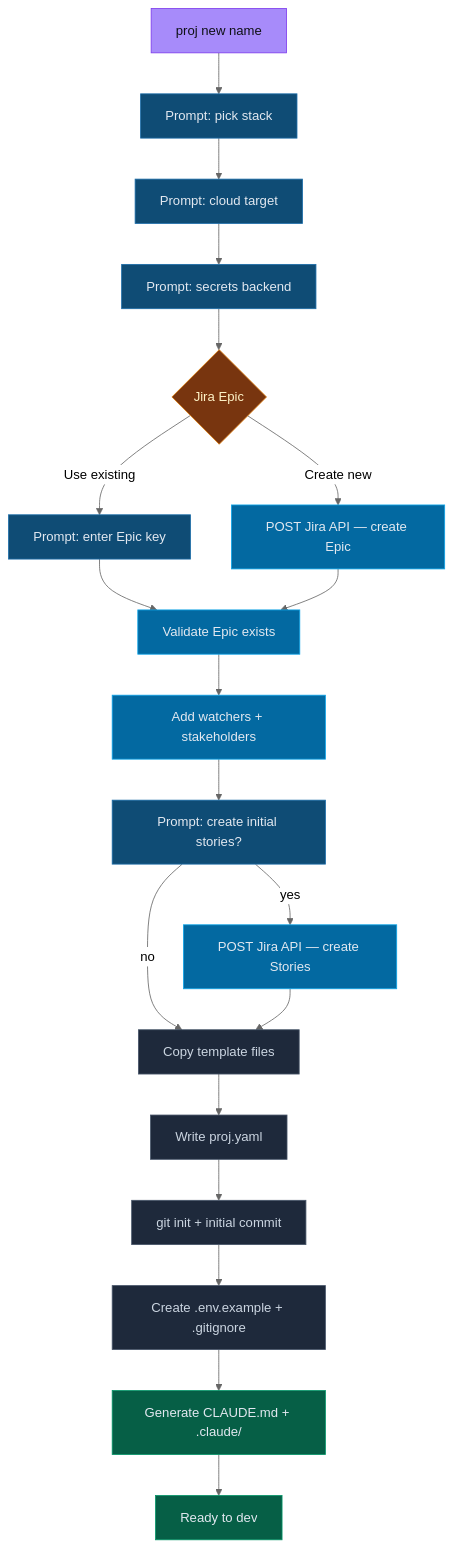
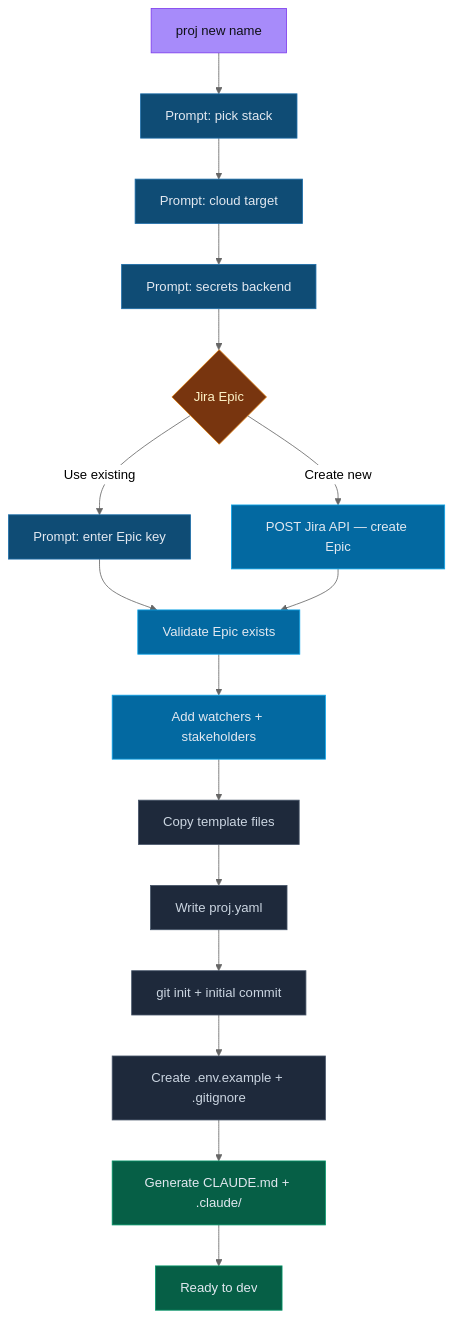
The second of 7 diagrams in README.md (erosrage/Athena), drawn with Mermaid (neutral theme) before and after one commit. The commit also changed other lines of this file and 3 other files, not shown here.

````diff
--- a/README.md
+++ b/README.md
@@ -45,29 +45,26 @@
 ```mermaid
 flowchart TD
     A["proj new name"]:::entry
     A --> B["Prompt: pick stack"]:::prompt
     B --> C["Prompt: cloud target"]:::prompt
     C --> SB["Prompt: secrets backend"]:::prompt
     SB --> J{"Jira Epic"}:::decision
     J -->|"Use existing"| J1["Prompt: enter Epic key"]:::prompt
     J -->|"Create new"| J2["POST Jira API — create Epic"]:::jira
     J1 --> J3["Validate Epic exists"]:::jira
     J2 --> J3
     J3 --> J4["Add watchers + stakeholders"]:::jira
-    J4 --> J5["Prompt: create initial stories?"]:::prompt
-    J5 -->|"yes"| J6["POST Jira API — create Stories"]:::jira
-    J5 -->|"no"| D
-    J6 --> D["Copy template files"]:::action
+    J4 --> D["Copy template files"]:::action
     D --> E["Write proj.yaml"]:::action
     E --> F["git init + initial commit"]:::action
     F --> G["Create .env.example + .gitignore"]:::action
     G --> H["Generate CLAUDE.md + .claude/"]:::claude
     H --> Z["Ready to dev"]:::done
     classDef entry fill:#a78bfa,stroke:#7c3aed,color:#0f1117
     classDef prompt fill:#0f4c75,stroke:#1b6ca8,color:#e2e8f0
     classDef action fill:#1e293b,stroke:#475569,color:#cbd5e1
     classDef decision fill:#78350f,stroke:#d97706,color:#fef3c7
     classDef done fill:#065f46,stroke:#059669,color:#e2e8f0
     classDef claude fill:#065f46,stroke:#059669,color:#e2e8f0
     classDef jira fill:#0369a1,stroke:#0ea5e9,color:#e2e8f0
 ```
````
